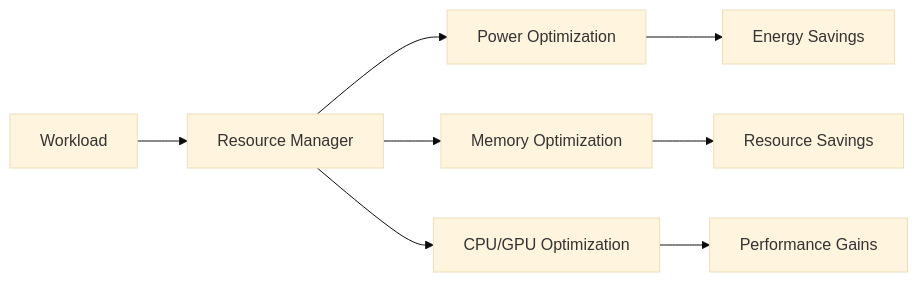
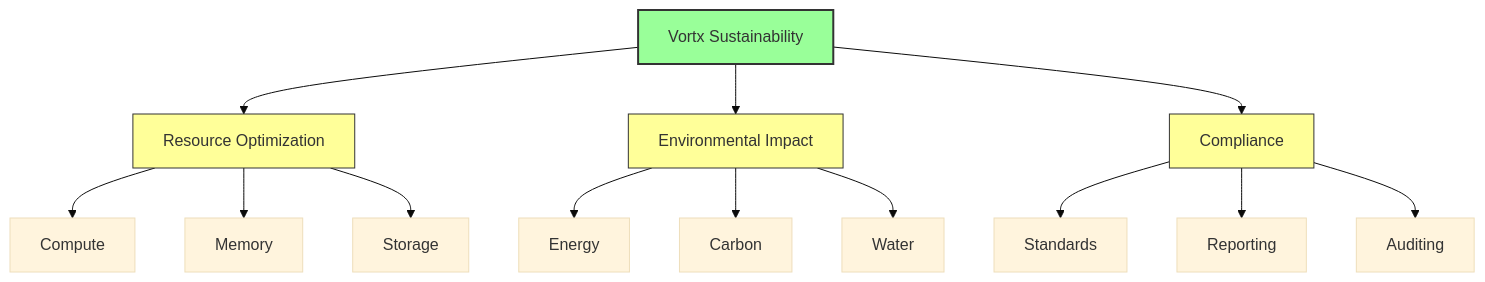
One commit to Vortx-AI/synthetic-satellite changed the diagram in docs/sustainability/README.md. Above: the diagram before and after it, drawn with Mermaid (base theme). The commit also changed other lines of this file and 3 other files, not shown here.

````diff
--- a/docs/sustainability/README.md
+++ b/docs/sustainability/README.md
@@ -41,11 +45,24 @@
 ```mermaid
-graph LR
-    A[Workload] --> B[Resource Manager]
-    B --> C[Power Optimization]
-    B --> D[Memory Optimization]
-    B --> E[CPU/GPU Optimization]
+graph TD
+    A[Vortx Sustainability] --> B[Resource Optimization]
+    A --> C[Environmental Impact]
+    A --> D[Compliance]
     
-    C --> F[Energy Savings]
-    D --> G[Resource Savings]
-    E --> H[Performance Gains]
+    B --> B1[Compute]
+    B --> B2[Memory]
+    B --> B3[Storage]
+    
+    C --> C1[Energy]
+    C --> C2[Carbon]
+    C --> C3[Water]
+    
+    D --> D1[Standards]
+    D --> D2[Reporting]
+    D --> D3[Auditing]
+    
+    classDef primary fill:#9f9,stroke:#333,stroke-width:2px
+    classDef secondary fill:#ff9,stroke:#333,stroke-width:1px
+    
+    class A primary
+    class B,C,D secondary
 ```
````
